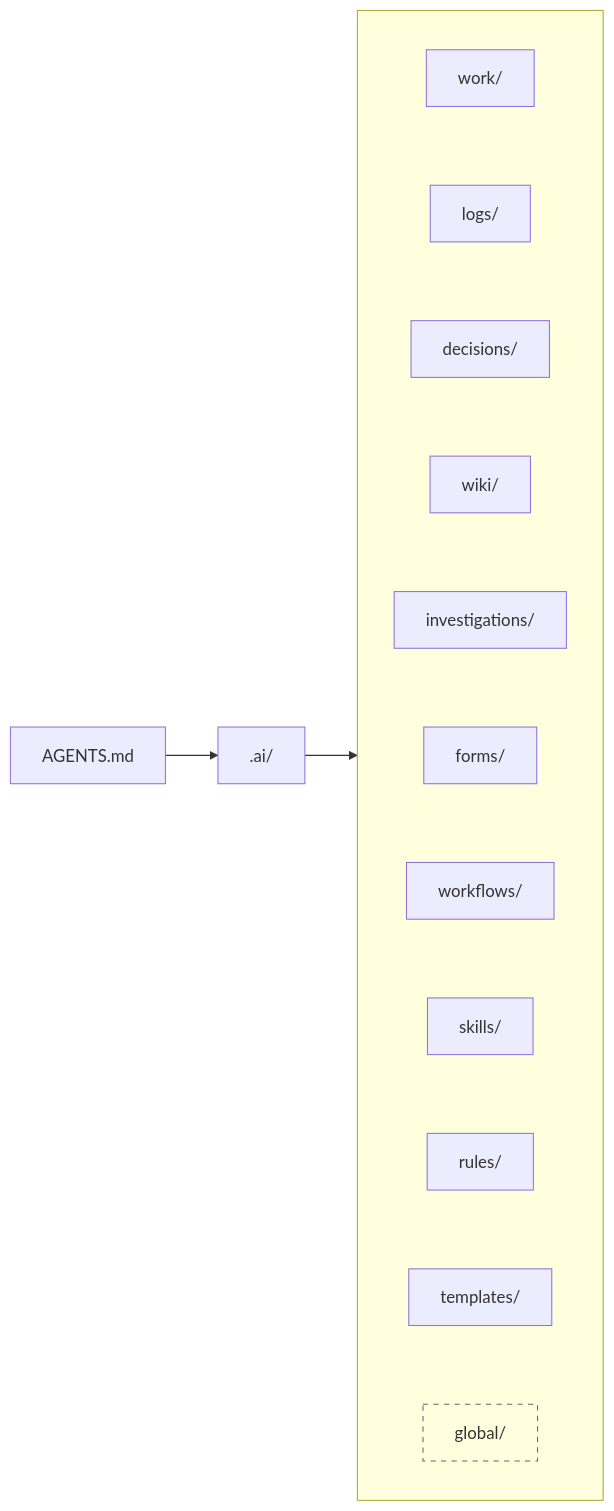
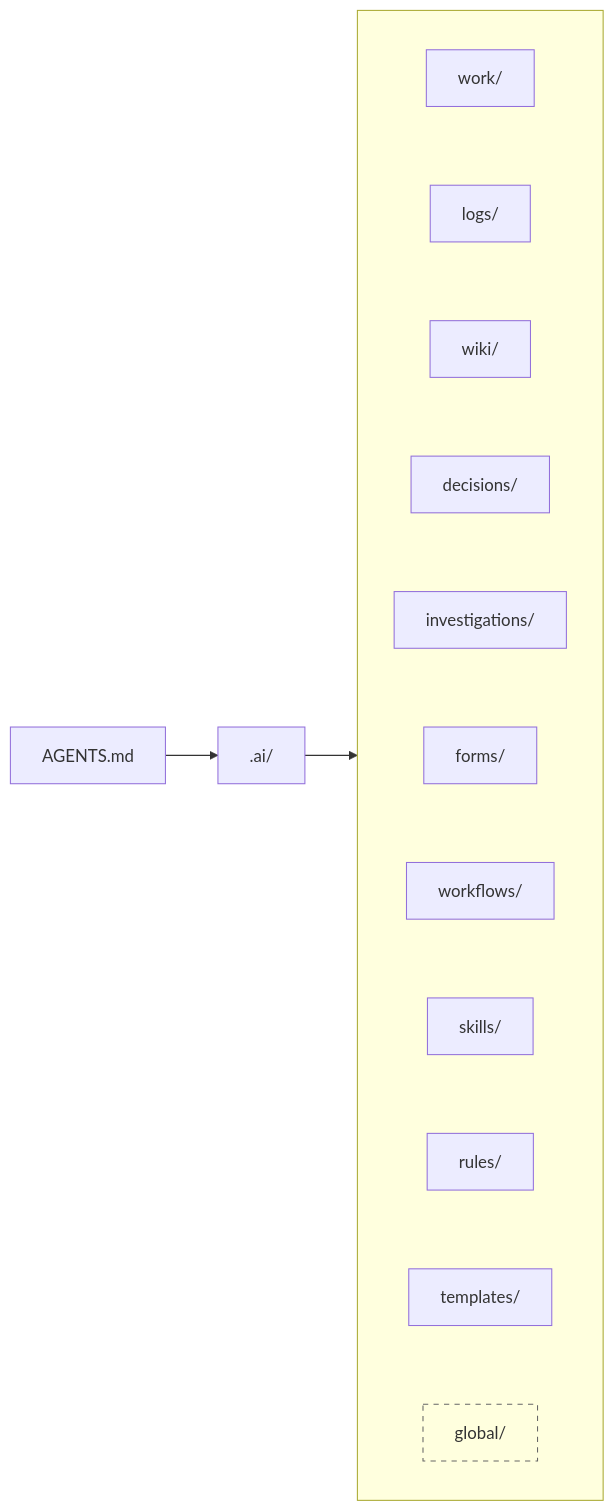
One commit to marcosrdac/gamk changed the first of 3 diagrams in README.md. Above: the diagram before and after it, drawn with Mermaid. The commit also changed other lines of this file and 5 other files, not shown here.

````diff
--- a/README.md
+++ b/README.md
@@ -22,23 +22,23 @@
 ```mermaid
 flowchart LR
     A["AGENTS.md"] --> M[".ai/"] --> MEMORY
 
     subgraph MEMORY[" "]
         direction TB
         W["work/"]
         L["logs/"]
+        K["wiki/"]
         D["decisions/"]
-        K["wiki/"]
         I["investigations/"]
         F["forms/"]
         P["workflows/"]
         S["skills/"]
         R["rules/"]
         T["templates/"]
         G["global/"]
 
-        W ~~~ L ~~~ D ~~~ K ~~~ I ~~~ F ~~~ P ~~~ S ~~~ R ~~~ T ~~~ G
+        W ~~~ L ~~~ K ~~~ D ~~~ I ~~~ F ~~~ P ~~~ S ~~~ R ~~~ T ~~~ G
     end
 
     style G fill:transparent,stroke:#666,stroke-dasharray: 5 5
 ```
````
